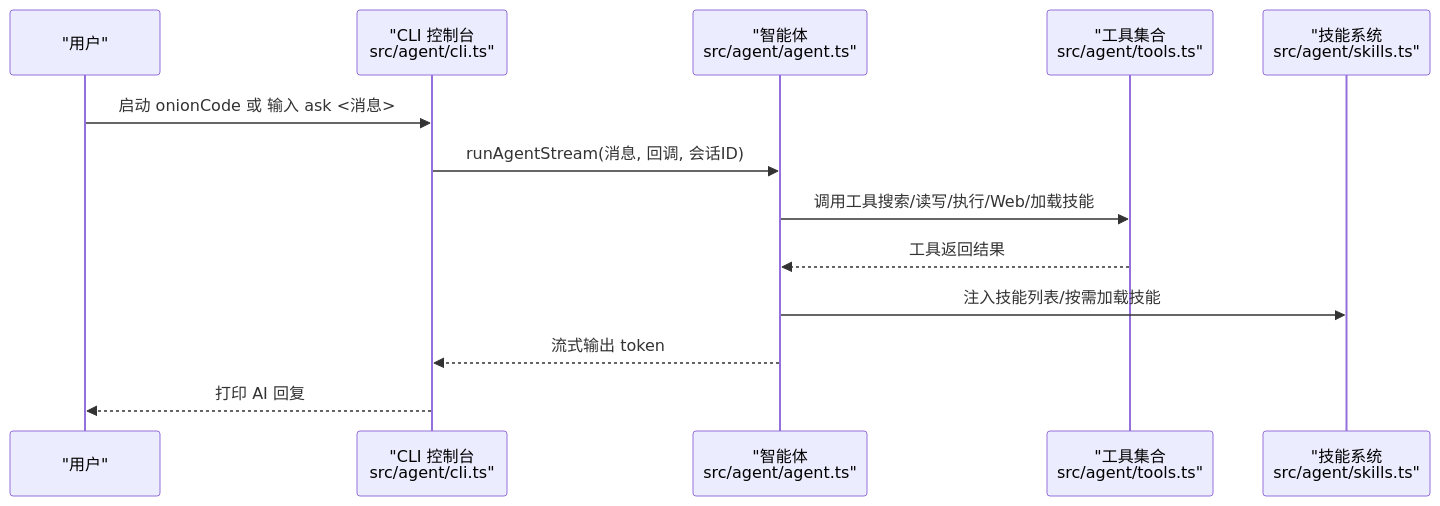
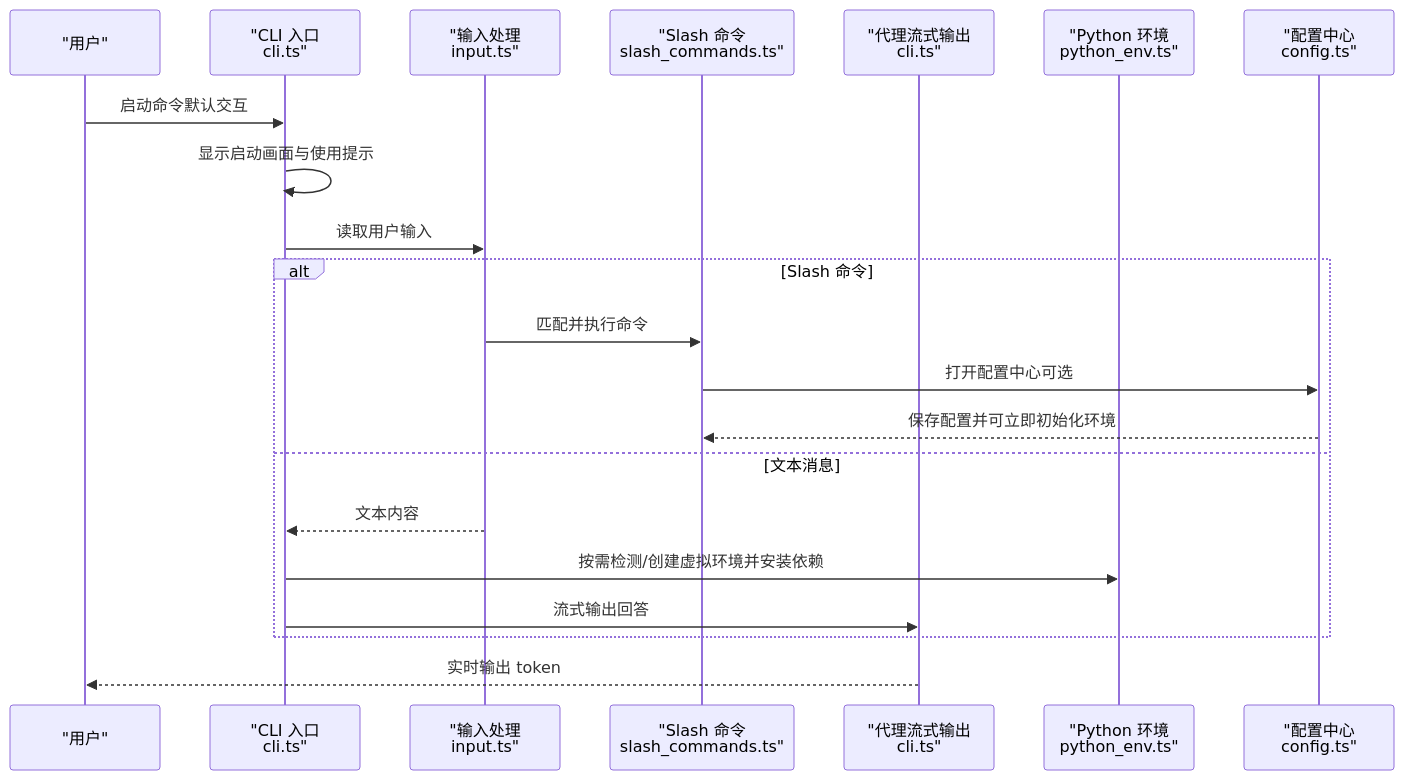
The second of 8 diagrams in .qoder/repowiki/zh/content/快速开始.md (HAOFUYANG/onion-code), drawn with Mermaid before and after one commit. The commit also changed other lines of this file and 58 other files, not shown here.

````diff
--- a/.qoder/repowiki/zh/content/快速开始.md
+++ b/.qoder/repowiki/zh/content/快速开始.md
@@ -94,15 +93,23 @@
 ```mermaid
 sequenceDiagram
 participant U as "用户"
-participant CLI as "CLI 控制台<br/>src/agent/cli.ts"
-participant AG as "智能体<br/>src/agent/agent.ts"
-participant TK as "工具集合<br/>src/agent/tools.ts"
-participant SK as "技能系统<br/>src/agent/skills.ts"
-U->>CLI : 启动 onionCode 或 输入 ask <消息>
-CLI->>AG : runAgentStream(消息, 回调, 会话ID)
-AG->>TK : 调用工具搜索/读写/执行/Web/加载技能
-TK-->>AG : 工具返回结果
-AG->>SK : 注入技能列表/按需加载技能
-AG-->>CLI : 流式输出 token
-CLI-->>U : 打印 AI 回复
+participant CLI as "CLI 入口<br/>cli.ts"
+participant IN as "输入处理<br/>input.ts"
+participant SL as "Slash 命令<br/>slash_commands.ts"
+participant AG as "代理流式输出<br/>cli.ts"
+participant PY as "Python 环境<br/>python_env.ts"
+participant CF as "配置中心<br/>config.ts"
+U->>CLI : 启动命令默认交互
+CLI->>CLI : 显示启动画面与使用提示
+CLI->>IN : 读取用户输入
+alt Slash 命令
+IN->>SL : 匹配并执行命令
+SL->>CF : 打开配置中心可选
+CF-->>SL : 保存配置并可立即初始化环境
+else 文本消息
+IN-->>CLI : 文本内容
+CLI->>PY : 按需检测/创建虚拟环境并安装依赖
+CLI->>AG : 流式输出回答
+end
+AG-->>U : 实时输出 token
 ```
````
